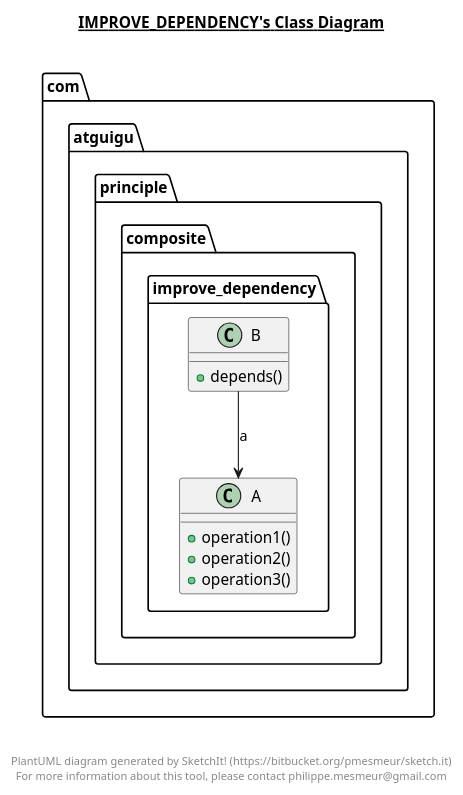
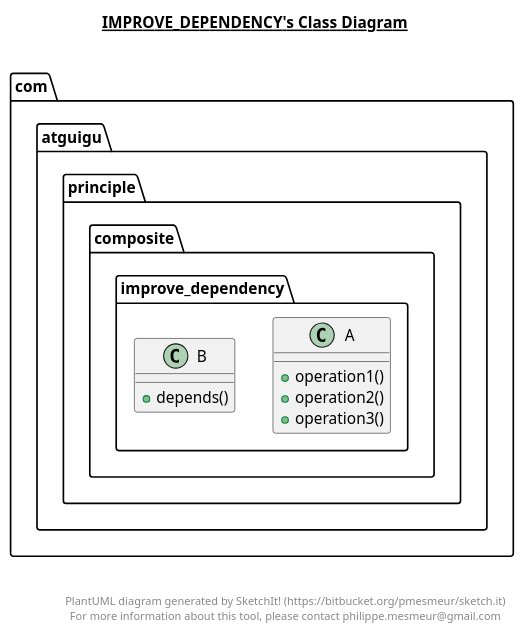
Before and after one commit to srefp/design_pattern: the diagram in src/com/atguigu/principle/composite/improve_dependency/improve_dependency.plantuml, drawn with PlantUML. The commit also changed 335 other files, not shown here.

```diff
--- a/src/com/atguigu/principle/composite/improve_dependency/improve_dependency.plantuml
+++ b/src/com/atguigu/principle/composite/improve_dependency/improve_dependency.plantuml
@@ -1,31 +1,34 @@
 @startuml
 
 title __IMPROVE_DEPENDENCY's Class Diagram__\n
 
   namespace com.atguigu.principle.composite {
     namespace improve_dependency {
       class com.atguigu.principle.composite.improve_dependency.A {
           + operation1()
           + operation2()
           + operation3()
       }
+    }
+  }
+  
 
+  namespace com.atguigu.principle.composite {
+    namespace improve_dependency {
       class com.atguigu.principle.composite.improve_dependency.B {
           + depends()
       }
     }
   }
   
-
-  com.atguigu.principle.composite.improve_dependency.B --> com.atguigu.principle.composite.improve_dependency.A : a
 
 
 
 right footer
 
 
 PlantUML diagram generated by SketchIt! (https://bitbucket.org/pmesmeur/sketch.it)
 For more information about this tool, please contact philippe.mesmeur@gmail.com
 endfooter
 
 @enduml
```
